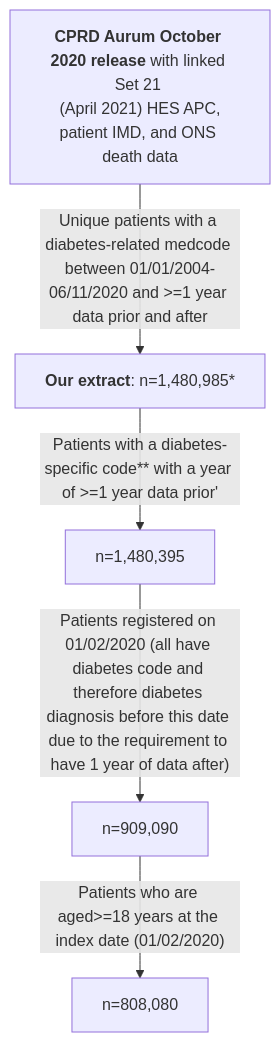
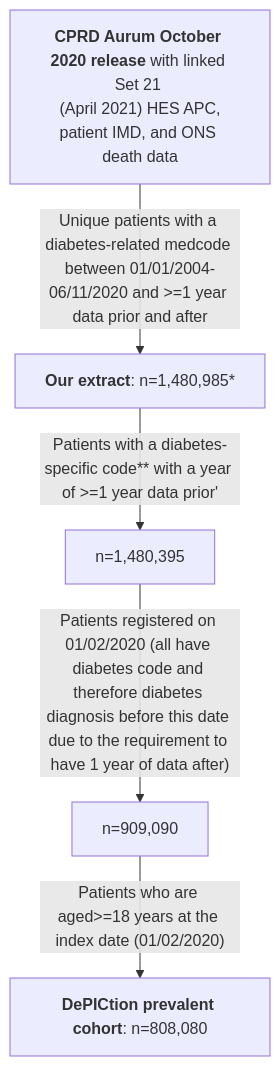
The diagram in README.md (Exeter-Diabetes/CPRD-Katie-DePICtion-Scripts), drawn with Mermaid before and after one commit.

````diff
--- a/README.md
+++ b/README.md
@@ -9,7 +9,7 @@
 ```mermaid
 graph TD;
     A["<b>CPRD Aurum October 2020 release</b> with linked Set 21 <br> (April 2021) HES APC, patient IMD, and ONS death data"] --> |"Unique patients with a diabetes-related medcode between 01/01/2004-06/11/2020 and >=1 year data prior and after"| B["<b>Our extract</b>: n=1,480,985*"]
     B -->|"Patients with a diabetes-specific code** with a year of >=1 year data prior'"|C["n=1,480,395"]
     C -->|"Patients registered on 01/02/2020 (all have diabetes code and therefore diabetes diagnosis before this date due to the requirement to have 1 year of data after)"|D["n=909,090"]
-    D -->|"Patients who are aged>=18 years at the index date (01/02/2020)"|E["n=808,080"]
+    D -->|"Patients who are aged>=18 years at the index date (01/02/2020)"|E["<b>DePICtion prevalent cohort</b>: n=808,080"]
 ```
````
